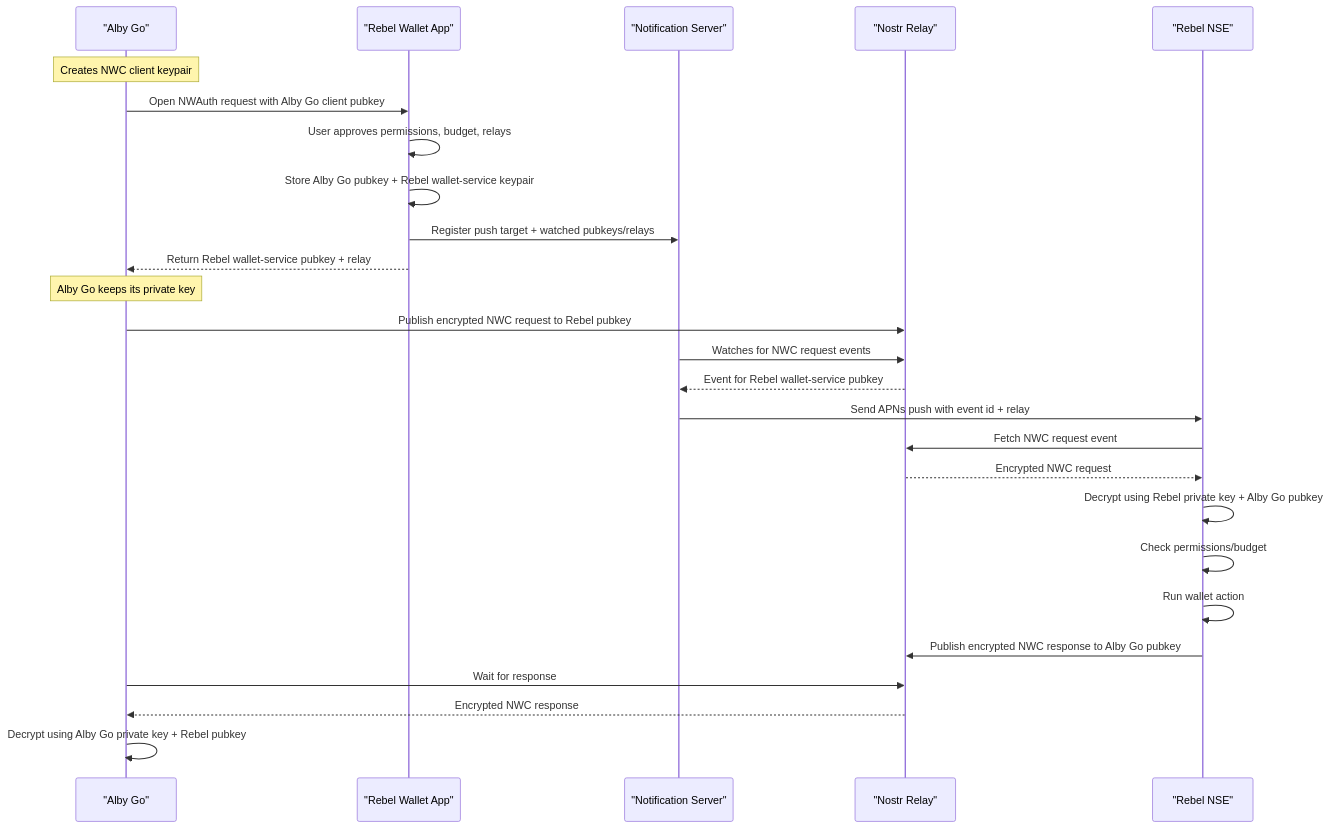
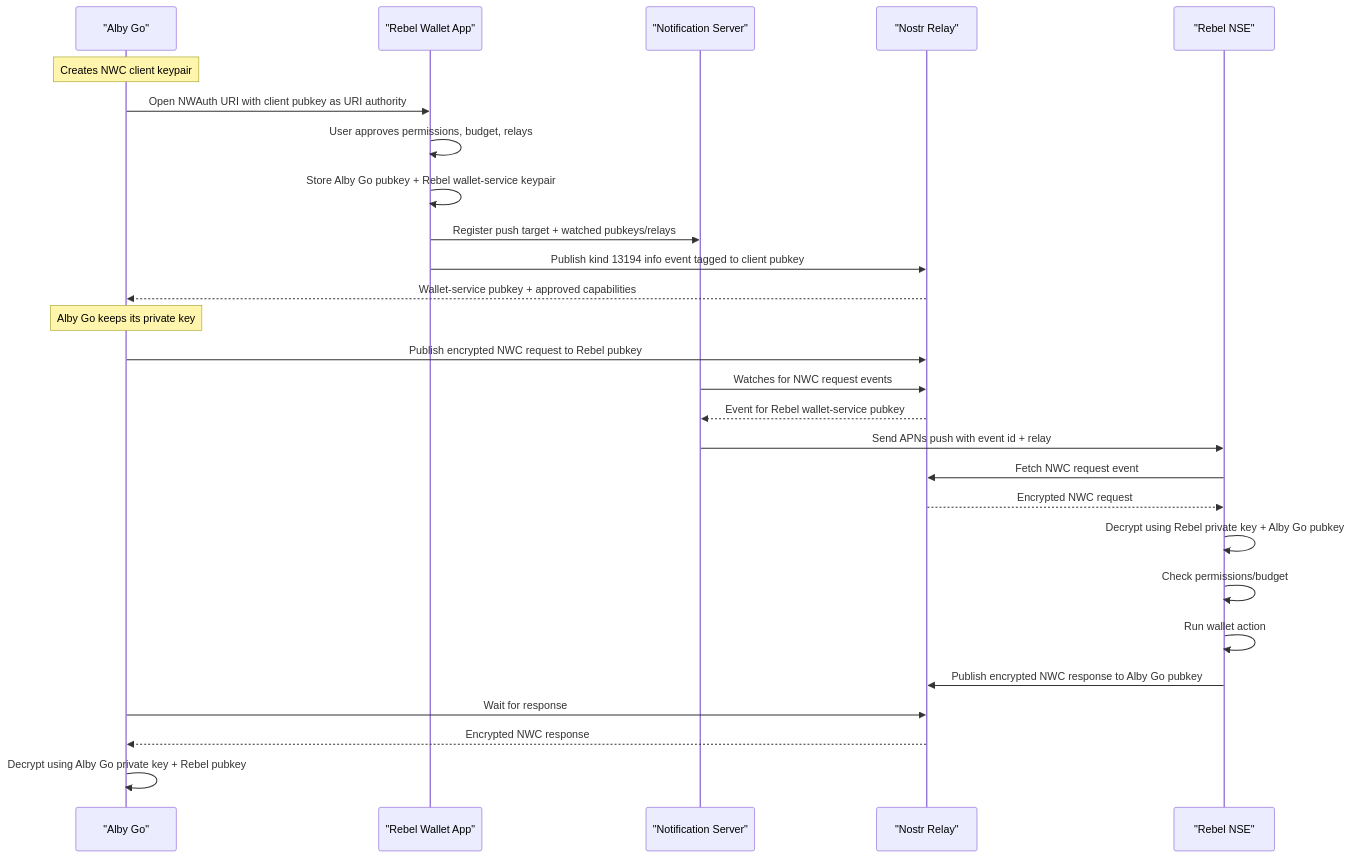
One commit to ntheile/nwc-wake-spec changed the second of 2 diagrams in nwauth-spec.md. Above: the diagram before and after it, drawn with Mermaid. The commit also changed other lines of this file, not shown here.

````diff
--- a/nwauth-spec.md
+++ b/nwauth-spec.md
@@ -58,33 +58,34 @@
 ```mermaid
 sequenceDiagram
     participant A as "Alby Go"
     participant R as "Rebel Wallet App"
     participant NS as "Notification Server"
     participant Relay as "Nostr Relay"
     participant NSE as "Rebel NSE"
 
     Note over A: Creates NWC client keypair
-    A->>R: Open NWAuth request with Alby Go client pubkey
+    A->>R: Open NWAuth URI with client pubkey as URI authority
     R->>R: User approves permissions, budget, relays
     R->>R: Store Alby Go pubkey + Rebel wallet-service keypair
     R->>NS: Register push target + watched pubkeys/relays
-    R-->>A: Return Rebel wallet-service pubkey + relay
+    R->>Relay: Publish kind 13194 info event tagged to client pubkey
+    Relay-->>A: Wallet-service pubkey + approved capabilities
 
     Note over A: Alby Go keeps its private key
     A->>Relay: Publish encrypted NWC request to Rebel pubkey
 
     NS->>Relay: Watches for NWC request events
     Relay-->>NS: Event for Rebel wallet-service pubkey
     NS->>NSE: Send APNs push with event id + relay
 
     NSE->>Relay: Fetch NWC request event
     Relay-->>NSE: Encrypted NWC request
     NSE->>NSE: Decrypt using Rebel private key + Alby Go pubkey
     NSE->>NSE: Check permissions/budget
     NSE->>NSE: Run wallet action
     NSE->>Relay: Publish encrypted NWC response to Alby Go pubkey
 
     A->>Relay: Wait for response
     Relay-->>A: Encrypted NWC response
     A->>A: Decrypt using Alby Go private key + Rebel pubkey
 ```
````
